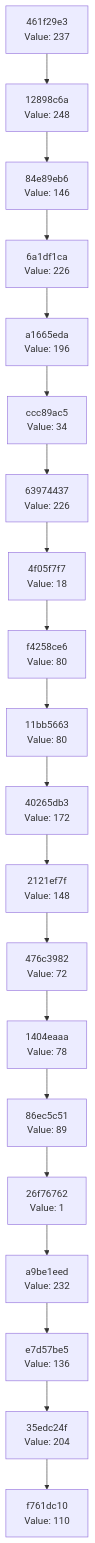
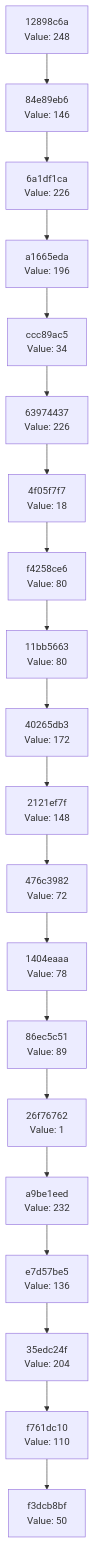
The diagram in docs/CHAIN_VISUALIZATION.md (Abhisheksinha1506/hash-chain-evolver), drawn with Mermaid before and after one commit. The commit also changed 2 other files, not shown here.

Commit message:
Evolution step: hash 0x32 → action executed

````diff
--- a/docs/CHAIN_VISUALIZATION.md
+++ b/docs/CHAIN_VISUALIZATION.md
@@ -3,42 +3,42 @@
 ```mermaid
 graph TD
-    C0["f761dc10<br/>Value: 110"]
-    C1["35edc24f<br/>Value: 204"]
+    C0["f3dcb8bf<br/>Value: 50"]
+    C1["f761dc10<br/>Value: 110"]
     C1 --> C0
-    C2["e7d57be5<br/>Value: 136"]
+    C2["35edc24f<br/>Value: 204"]
     C2 --> C1
-    C3["a9be1eed<br/>Value: 232"]
+    C3["e7d57be5<br/>Value: 136"]
     C3 --> C2
-    C4["26f76762<br/>Value: 1"]
+    C4["a9be1eed<br/>Value: 232"]
     C4 --> C3
-    C5["86ec5c51<br/>Value: 89"]
+    C5["26f76762<br/>Value: 1"]
     C5 --> C4
-    C6["1404eaaa<br/>Value: 78"]
+    C6["86ec5c51<br/>Value: 89"]
     C6 --> C5
-    C7["476c3982<br/>Value: 72"]
+    C7["1404eaaa<br/>Value: 78"]
     C7 --> C6
-    C8["2121ef7f<br/>Value: 148"]
+    C8["476c3982<br/>Value: 72"]
     C8 --> C7
-    C9["40265db3<br/>Value: 172"]
+    C9["2121ef7f<br/>Value: 148"]
     C9 --> C8
-    C10["11bb5663<br/>Value: 80"]
+    C10["40265db3<br/>Value: 172"]
     C10 --> C9
-    C11["f4258ce6<br/>Value: 80"]
+    C11["11bb5663<br/>Value: 80"]
     C11 --> C10
-    C12["4f05f7f7<br/>Value: 18"]
+    C12["f4258ce6<br/>Value: 80"]
     C12 --> C11
-    C13["63974437<br/>Value: 226"]
+    C13["4f05f7f7<br/>Value: 18"]
     C13 --> C12
-    C14["ccc89ac5<br/>Value: 34"]
+    C14["63974437<br/>Value: 226"]
     C14 --> C13
-    C15["a1665eda<br/>Value: 196"]
+    C15["ccc89ac5<br/>Value: 34"]
     C15 --> C14
-    C16["6a1df1ca<br/>Value: 226"]
+    C16["a1665eda<br/>Value: 196"]
     C16 --> C15
-    C17["84e89eb6<br/>Value: 146"]
+    C17["6a1df1ca<br/>Value: 226"]
     C17 --> C16
-    C18["12898c6a<br/>Value: 248"]
+    C18["84e89eb6<br/>Value: 146"]
     C18 --> C17
-    C19["461f29e3<br/>Value: 237"]
+    C19["12898c6a<br/>Value: 248"]
     C19 --> C18
 ```
````
